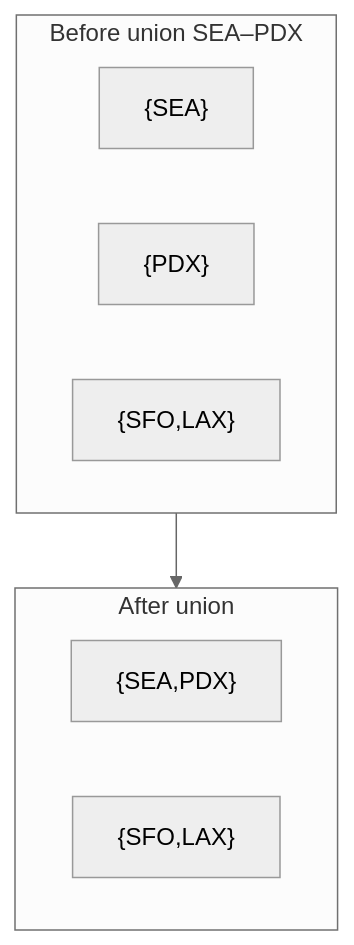
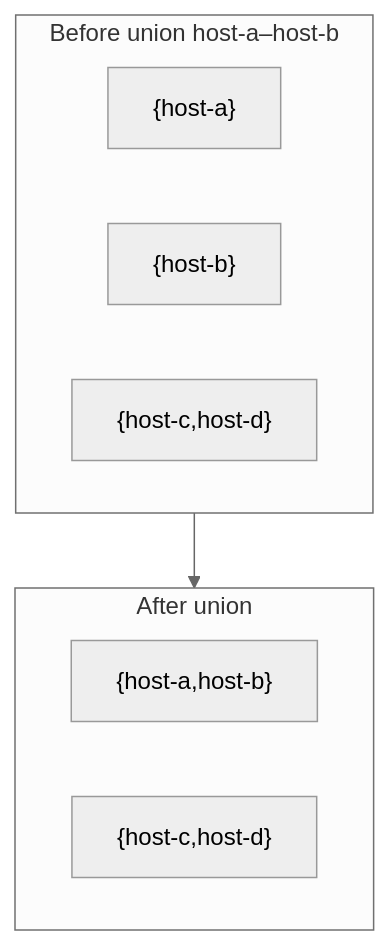
The first of 4 diagrams in docs/dsa/data-structures/honorable-mention-adt/index.md (qgjones9/python-programming-guide), drawn with Mermaid (neutral theme) before and after one commit. The commit also changed other lines of this file and 31 other files, not shown here.

````diff
--- a/docs/dsa/data-structures/honorable-mention-adt/index.md
+++ b/docs/dsa/data-structures/honorable-mention-adt/index.md
@@ -76,13 +76,13 @@
 ```mermaid
 flowchart TB
-  subgraph before["Before union SEA–PDX"]
-    A["{SEA}"]
-    B["{PDX}"]
-    C["{SFO,LAX}"]
-  end
-  subgraph after["After union"]
-    D["{SEA,PDX}"]
-    E["{SFO,LAX}"]
-  end
-  before --> after
+ subgraph before["Before union host-a–host-b"]
+ A["{host-a}"]
+ B["{host-b}"]
+ C["{host-c,host-d}"]
+ end
+ subgraph after["After union"]
+ D["{host-a,host-b}"]
+ E["{host-c,host-d}"]
+ end
+ before --> after
 ```
````
